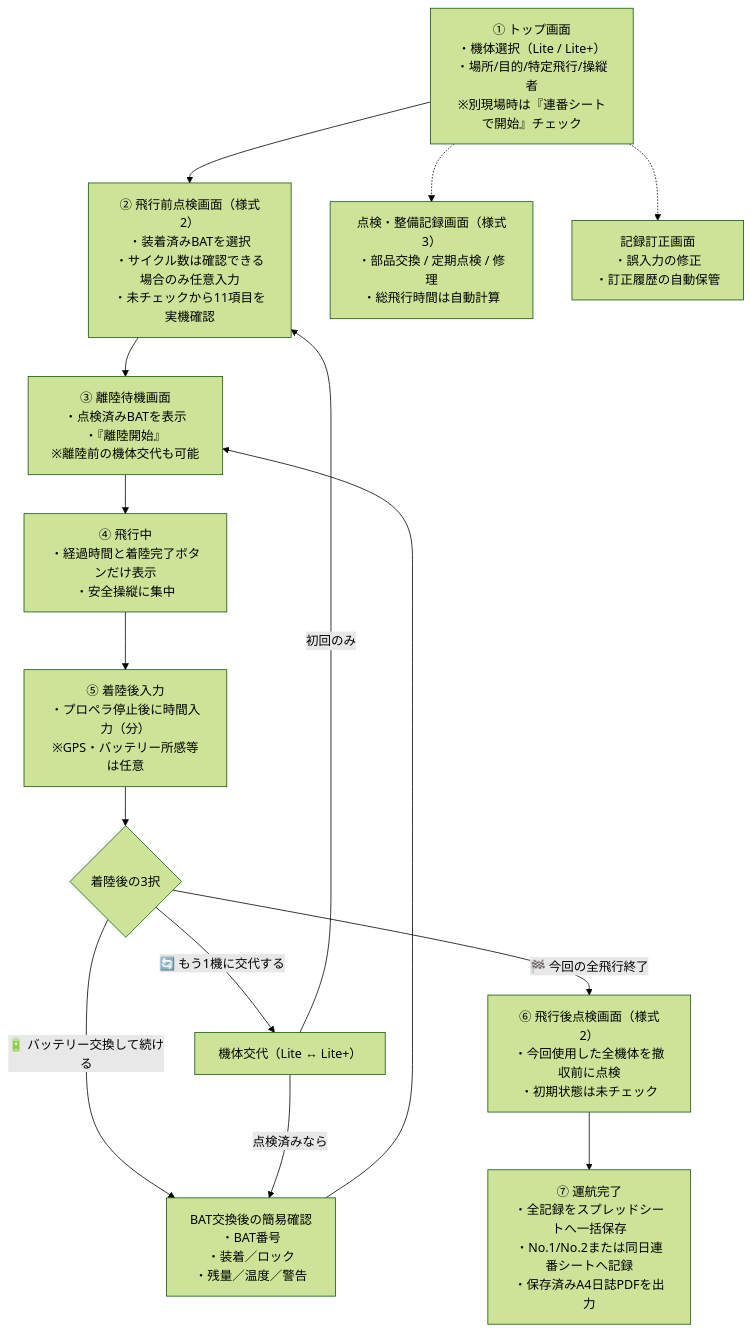
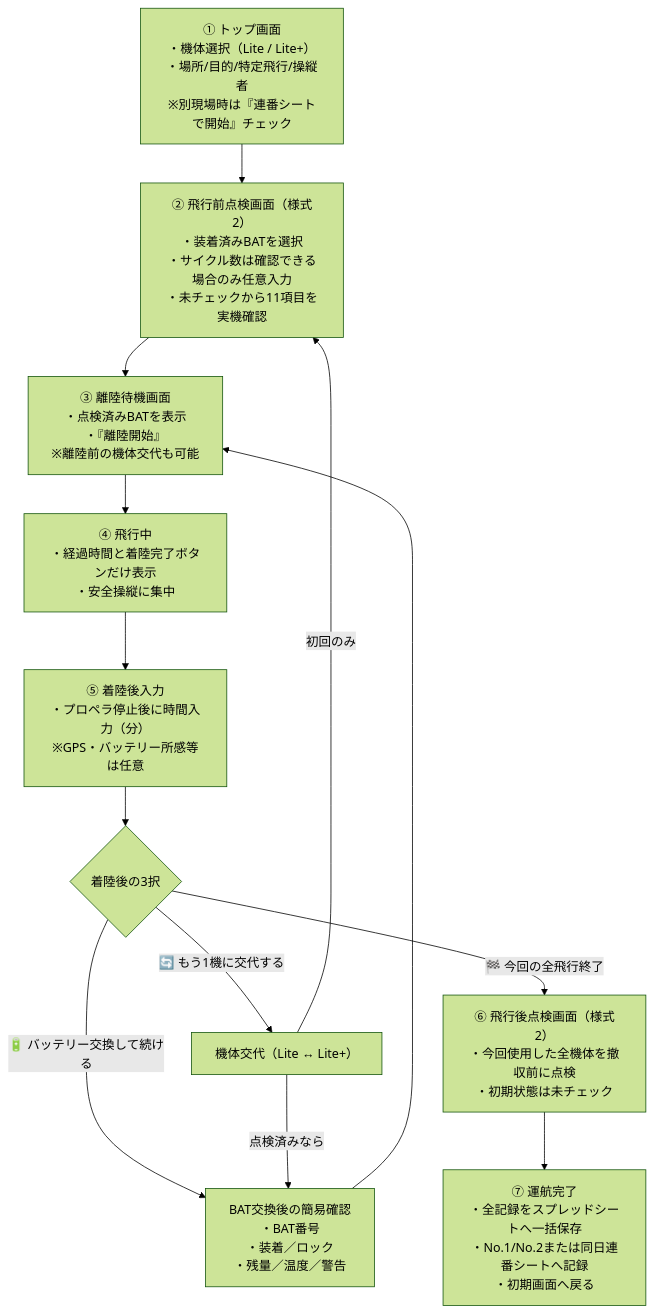
The diagram in 01_ドローン運航記録_設計書.md (ikifuse/autel-evo-lite-flight-log), drawn with Mermaid (forest theme) before and after one commit. The commit also changed other lines of this file and 2 other files, not shown here.

````diff
--- a/01_ドローン運航記録_設計書.md
+++ b/01_ドローン運航記録_設計書.md
@@ -100,20 +104,17 @@
 ```mermaid
 graph TD
     Start["① トップ画面<br>・機体選択（Lite / Lite+）<br>・場所/目的/特定飛行/操縦者<br>※別現場時は『連番シートで開始』チェック"] --> Pre["② 飛行前点検画面（様式2）<br>・装着済みBATを選択<br>・サイクル数は確認できる場合のみ任意入力<br>・未チェックから11項目を実機確認"]
     Pre --> Ready["③ 離陸待機画面<br>・点検済みBATを表示<br>・『離陸開始』<br>※離陸前の機体交代も可能"]
     Ready --> Flying["④ 飛行中<br>・経過時間と着陸完了ボタンだけ表示<br>・安全操縦に集中"]
     Flying --> Landing["⑤ 着陸後入力<br>・プロペラ停止後に時間入力（分）<br>※GPS・バッテリー所感等は任意"]
     
     Landing --> Choice{"着陸後の3択"}
     Choice -->|"🔋 バッテリー交換して続ける"| Battery["BAT交換後の簡易確認<br>・BAT番号<br>・装着／ロック<br>・残量／温度／警告"]
     Battery --> Ready
     Choice -->|"🔄 もう1機に交代する"| Switch["機体交代（Lite ↔ Lite+）"]
     Switch -->|"初回のみ"| Pre
     Switch -->|"点検済みなら"| Battery
     Choice -->|"🏁 今回の全飛行終了"| Post["⑥ 飛行後点検画面（様式2）<br>・今回使用した全機体を撤収前に点検<br>・初期状態は未チェック"]
     
-    Post --> Done["⑦ 運航完了<br>・全記録をスプレッドシートへ一括保存<br>・No.1/No.2または同日連番シートへ記録<br>・保存済みA4日誌PDFを出力"]
-
-    Start -.-> Maintenance["点検・整備記録画面（様式3）<br>・部品交換 / 定期点検 / 修理<br>・総飛行時間は自動計算"]
-    Start -.-> Correction["記録訂正画面<br>・誤入力の修正<br>・訂正履歴の自動保管"]
+    Post --> Done["⑦ 運航完了<br>・全記録をスプレッドシートへ一括保存<br>・No.1/No.2または同日連番シートへ記録<br>・初期画面へ戻る"]
 ```
````
